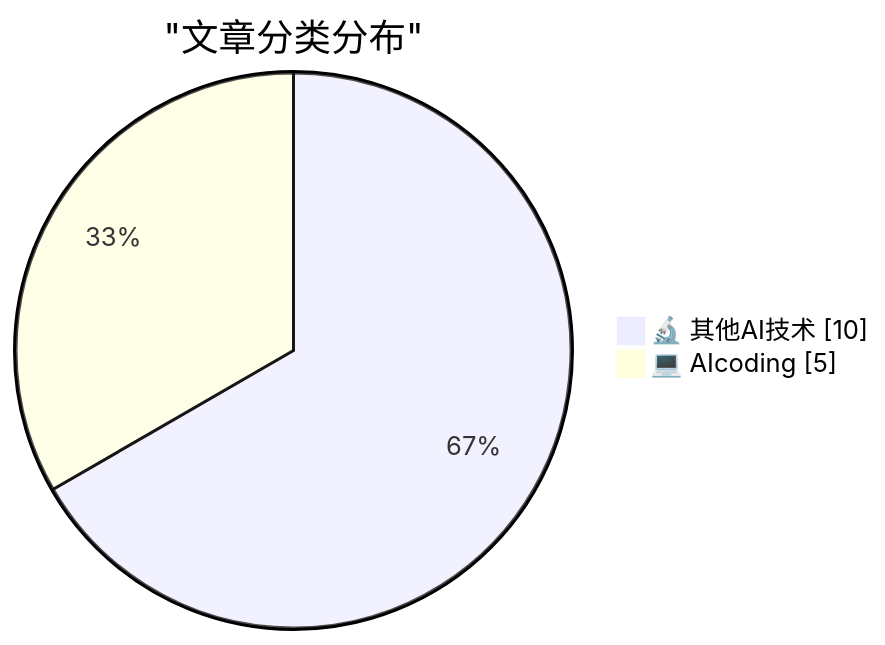
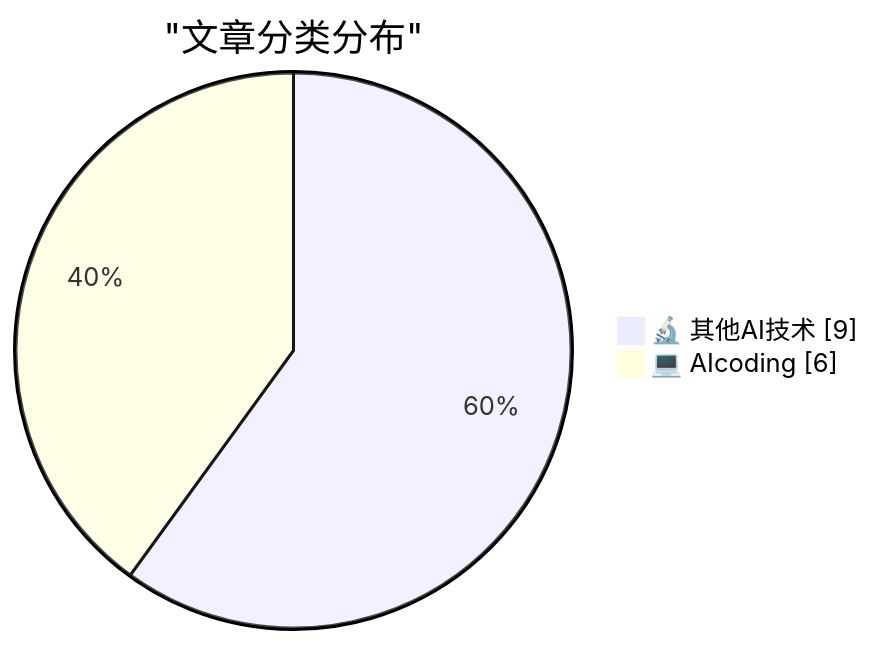
The first of 2 diagrams in digests/digest-20260228.md (MirrMeur/ai-daily-digest), drawn with Mermaid before and after one commit. The commit also changed other lines of this file, not shown here.

````diff
--- a/digests/digest-20260228.md
+++ b/digests/digest-20260228.md
@@ -73,6 +73,6 @@
 ```mermaid
 pie showData
     title "文章分类分布"
-    "🔬 其他AI技术" : 10
-    "💻 AIcoding" : 5
+    "🔬 其他AI技术" : 9
+    "💻 AIcoding" : 6
 ```
````
